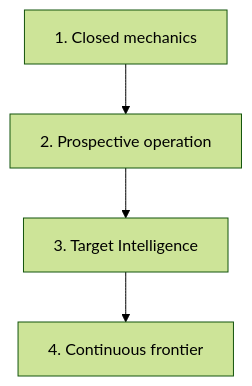
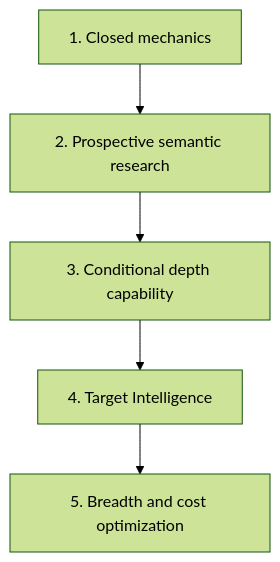
Before and after one commit to momoponwork1415-lgtm/wordpress-harness: the first of 7 diagrams in docs/design/roadmap.md, drawn with Mermaid (forest theme). The commit also changed other lines of this file, not shown here.

Commit message:
Prioritize high-impact recall before breadth and cost

````diff
--- a/docs/design/roadmap.md
+++ b/docs/design/roadmap.md
@@ -9,9 +11,10 @@
 ```mermaid
 flowchart TB
     m1["1. Closed mechanics"]
-    m2["2. Prospective operation"]
-    m3["3. Target Intelligence"]
-    m4["4. Continuous frontier"]
+    m2["2. Prospective semantic research"]
+    m3["3. Conditional depth capability"]
+    m4["4. Target Intelligence"]
+    m5["5. Breadth and cost optimization"]
 
-    m1 --> m2 --> m3 --> m4
+    m1 --> m2 --> m3 --> m4 --> m5
 ```
````
